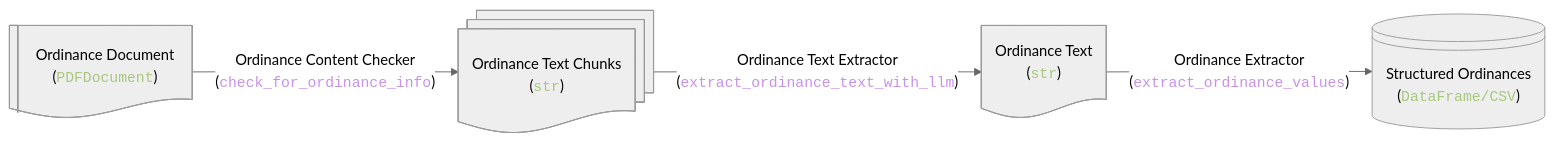
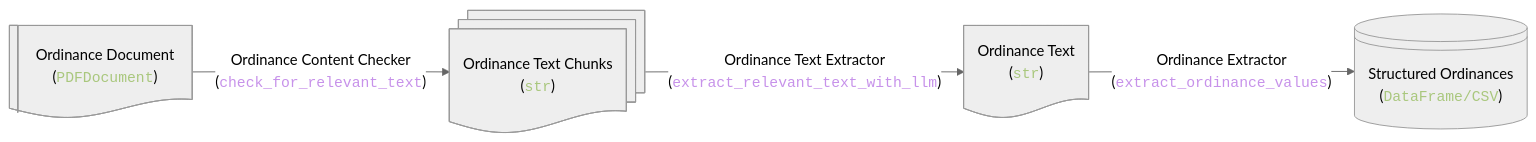
The diagram in examples/parse_existing_docs/README.rst (NatLabRockies/COMPASS), drawn with Mermaid (neutral theme) before and after one commit. The commit also changed other lines of this file and 58 other files, not shown here.

```diff
--- a/examples/parse_existing_docs/README.rst
+++ b/examples/parse_existing_docs/README.rst
@@ -23,10 +23,10 @@
 .. mermaid::
 
     flowchart LR
-        A -->|Ordinance Content Checker<br>&#40<span style='color: #c792ea'><code>check_for_ordinance_info</code></span>&#41| B
-        B -->|Ordinance Text Extractor<br>&#40<span style='color: #c792ea'><code>extract_ordinance_text_with_llm</code></span>&#41| C
+        A -->|Ordinance Content Checker<br>&#40<span style='color: #c792ea'><code>check_for_relevant_text</code></span>&#41| B
+        B -->|Ordinance Text Extractor<br>&#40<span style='color: #c792ea'><code>extract_relevant_text_with_llm</code></span>&#41| C
         C -->|Ordinance Extractor<br>&#40<span style='color: #c792ea'><code>extract_ordinance_values</code></span>&#41| D
         A@{ shape: lined-document, label: "Ordinance Document<br>&#40<span style='color: #a9c77d'><code>PDFDocument</code></span>&#41" }
         B@{ shape: docs, label: "Ordinance Text Chunks<br>&#40<span style='color: #a9c77d'><code>str</code></span>&#41"}
         C@{ shape: doc, label: "Ordinance Text<br>&#40<span style='color: #a9c77d'><code>str</code></span>&#41"}
         D@{ shape: lin-cyl, label: "Structured Ordinances<br>&#40<span style='color: #a9c77d'><code>DataFrame/CSV</code></span>&#41" }
```
